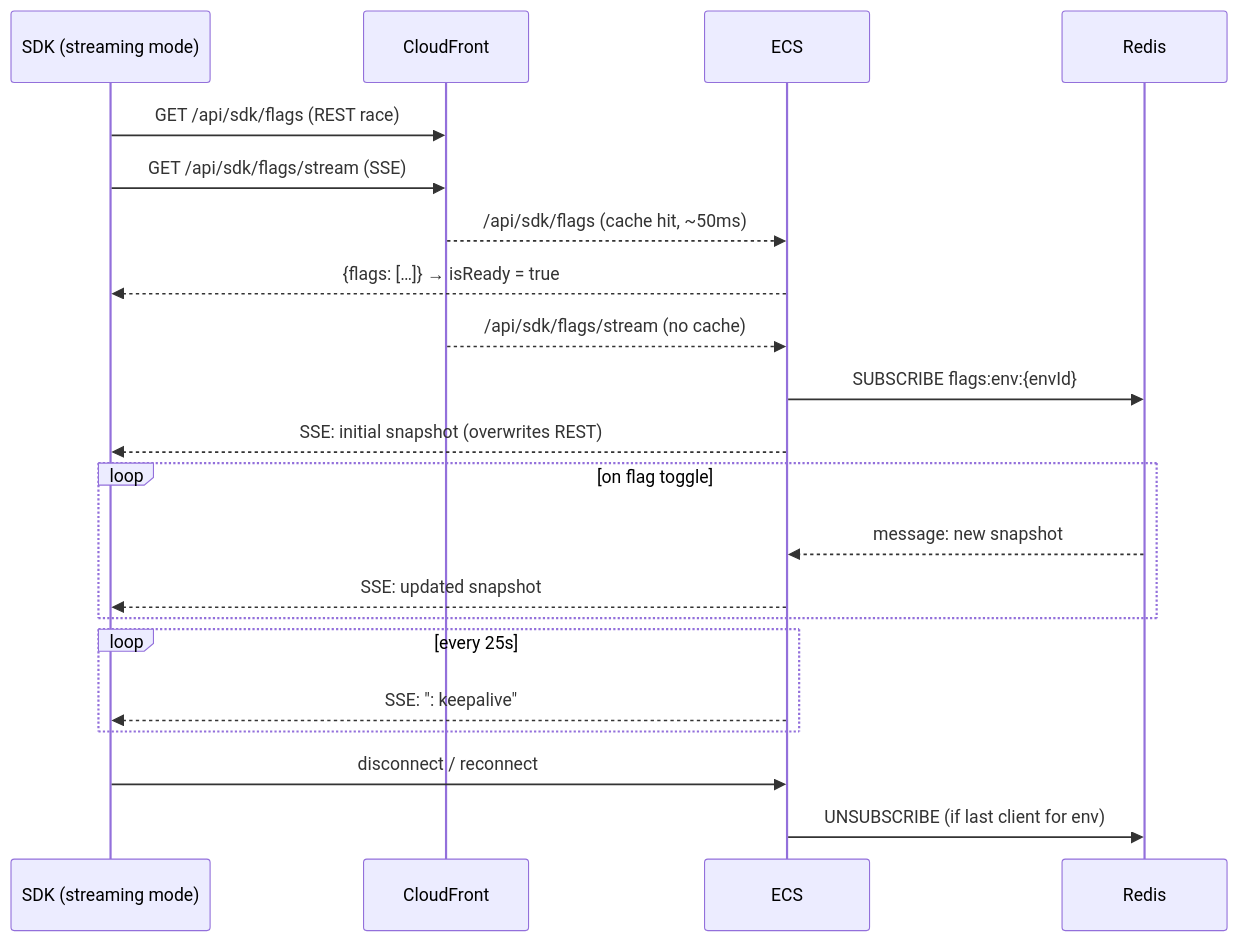
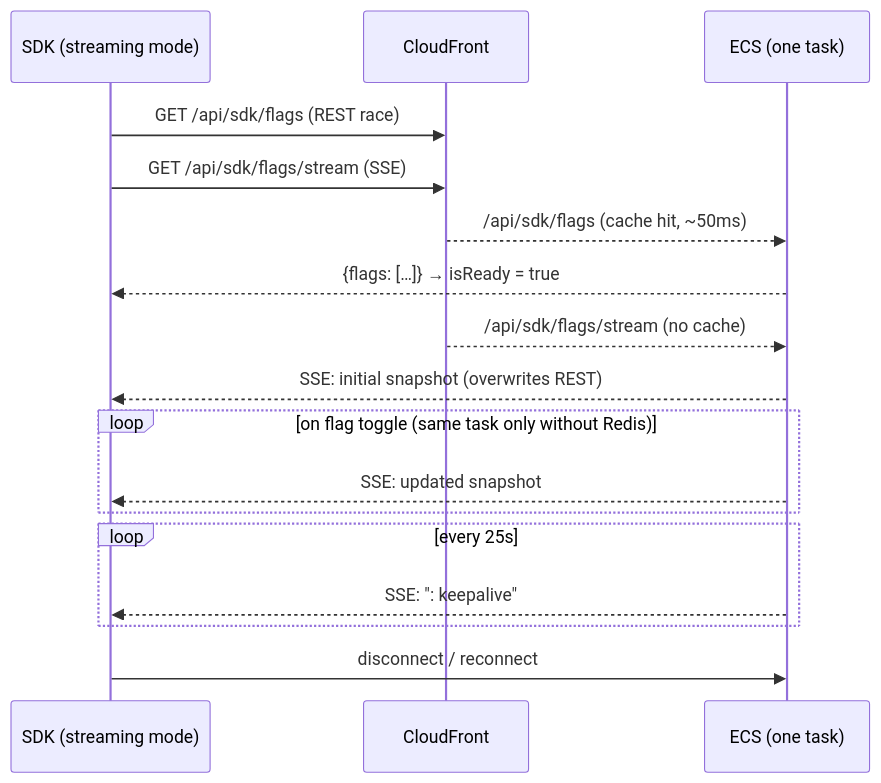
Before and after one commit to RBM-Software/vexillo: the fourth of 4 diagrams in docs/architecture.md, drawn with Mermaid. The commit also changed other lines of this file, not shown here.

First line of the commit message:
docs: correct architecture diagram — remove Redis from CDK-provisioned infra

````diff
--- a/docs/architecture.md
+++ b/docs/architecture.md
@@ -115,28 +111,24 @@
 ```mermaid
 sequenceDiagram
     participant SDK as SDK (streaming mode)
     participant CF as CloudFront
-    participant ECS as ECS
-    participant Redis as Redis
+    participant ECS as ECS (one task)
 
     SDK->>CF: GET /api/sdk/flags (REST race)
     SDK->>CF: GET /api/sdk/flags/stream (SSE)
     CF-->>ECS: /api/sdk/flags (cache hit, ~50ms)
     ECS-->>SDK: {flags: […]} → isReady = true
 
     CF-->>ECS: /api/sdk/flags/stream (no cache)
-    ECS->>Redis: SUBSCRIBE flags:env:{envId}
     ECS-->>SDK: SSE: initial snapshot (overwrites REST)
 
-    loop on flag toggle
-        Redis-->>ECS: message: new snapshot
+    loop on flag toggle (same task only without Redis)
         ECS-->>SDK: SSE: updated snapshot
     end
 
     loop every 25s
         ECS-->>SDK: SSE: ": keepalive"
     end
 
     SDK->>ECS: disconnect / reconnect
-    ECS->>Redis: UNSUBSCRIBE (if last client for env)
 ```
````
